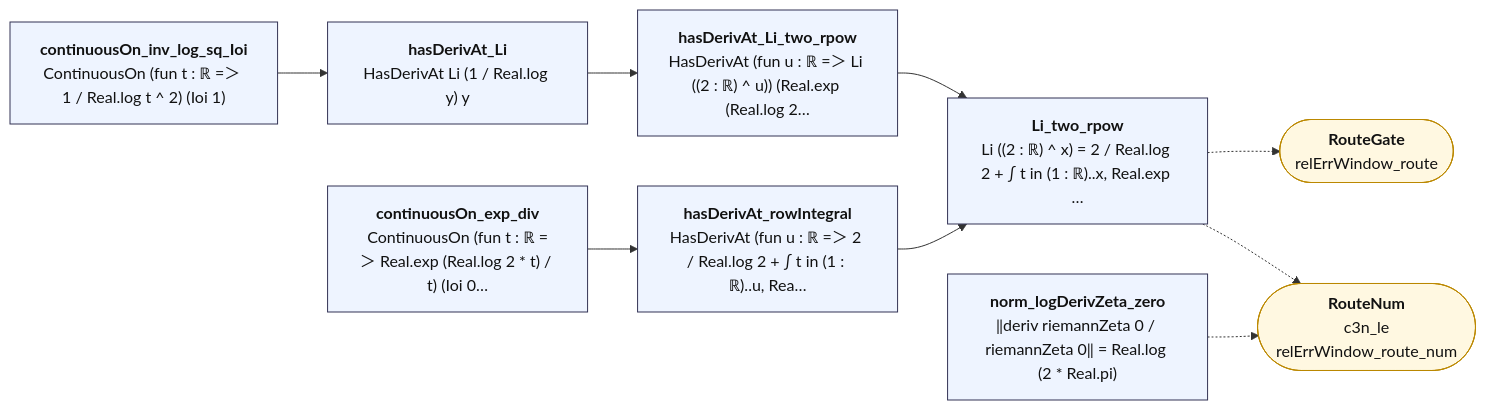
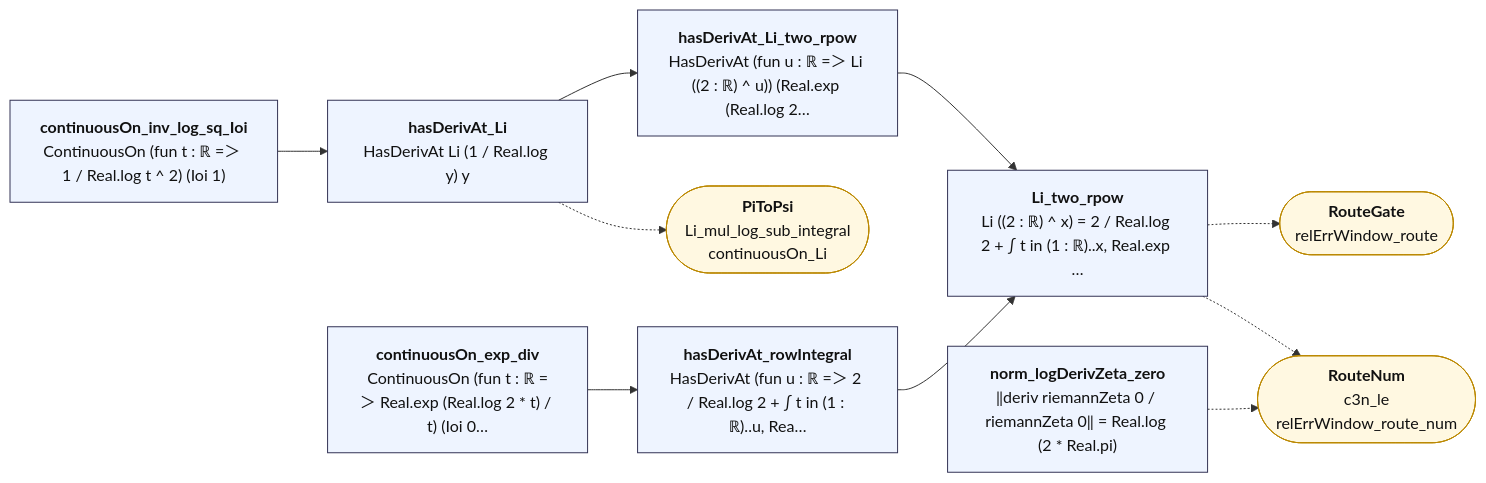
One commit to juliansambranojr/Primebeat_081426 changed the diagram in map/lean_stage3/RowLeaves.md. Above: the diagram before and after it, drawn with Mermaid. The commit also changed other lines of this file and 54 other files, not shown here.

````diff
--- a/map/lean_stage3/RowLeaves.md
+++ b/map/lean_stage3/RowLeaves.md
@@ -12,25 +12,27 @@
 ```mermaid
 flowchart LR
   n0["<b>continuousOn_inv_log_sq_Ioi</b><br/>ContinuousOn (fun t : ℝ =＞ 1 / Real.log t ^ 2) (Ioi 1)"]:::thm
   n1["<b>hasDerivAt_Li</b><br/>HasDerivAt Li (1 / Real.log y) y"]:::thm
   n2["<b>hasDerivAt_Li_two_rpow</b><br/>HasDerivAt (fun u : ℝ =＞ Li ((2 : ℝ) ^ u)) (Real.exp (Real.log 2…"]:::thm
   n3["<b>continuousOn_exp_div</b><br/>ContinuousOn (fun t : ℝ =＞ Real.exp (Real.log 2 * t) / t) (Ioi 0…"]:::thm
   n4["<b>hasDerivAt_rowIntegral</b><br/>HasDerivAt (fun u : ℝ =＞ 2 / Real.log 2 + ∫ t in (1 : ℝ)..u, Rea…"]:::thm
   n5["<b>Li_two_rpow</b><br/>Li ((2 : ℝ) ^ x) = 2 / Real.log 2 + ∫ t in (1 : ℝ)..x, Real.exp …"]:::thm
   n6["<b>norm_logDerivZeta_zero</b><br/>‖deriv riemannZeta 0 / riemannZeta 0‖ = Real.log (2 * Real.pi)"]:::thm
-  x0(["<b>RouteGate</b><br/>relErrWindow_route"]):::ext
-  x1(["<b>RouteNum</b><br/>c3n_le<br/>relErrWindow_route_num"]):::ext
+  x0(["<b>PiToPsi</b><br/>Li_mul_log_sub_integral<br/>continuousOn_Li"]):::ext
+  x1(["<b>RouteGate</b><br/>relErrWindow_route"]):::ext
+  x2(["<b>RouteNum</b><br/>c3n_le<br/>relErrWindow_route_num"]):::ext
   n0 --> n1
   n1 --> n2
   n2 --> n5
   n3 --> n4
   n4 --> n5
-  n5 -.-> x0
+  n1 -.-> x0
   n5 -.-> x1
-  n6 -.-> x1
+  n5 -.-> x2
+  n6 -.-> x2
   classDef thm fill:#eef4ff,stroke:#335,color:#111
   classDef end_ fill:#e7f7e7,stroke:#2a7,color:#111,stroke-width:2px
   classDef lone fill:#fff,stroke:#999,color:#111,stroke-dasharray:4 3
   classDef bad fill:#ffe5e5,stroke:#c22,color:#111,stroke-width:2px
   classDef ext fill:#fff8e1,stroke:#b80,color:#111
 ```
````
